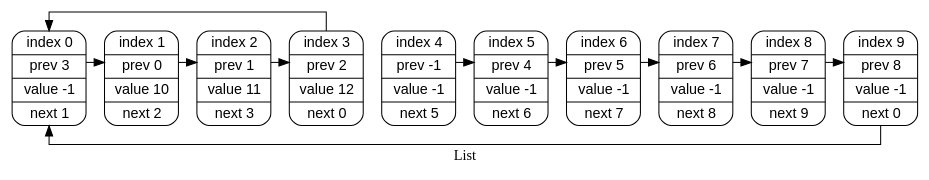
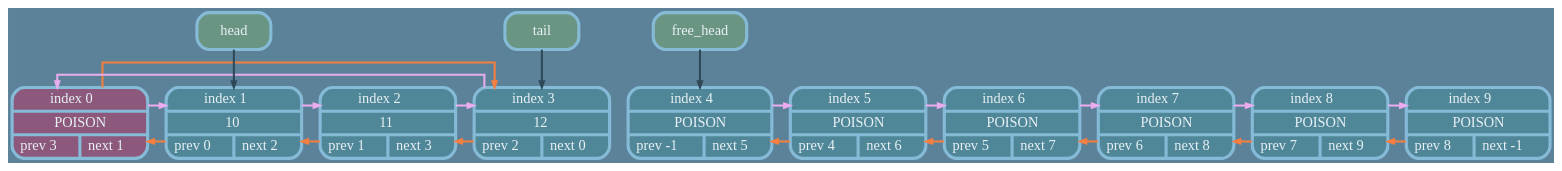
Before and after one commit to Knightususa/List: the diagram in pic1.dot, drawn with Graphviz. The commit also changed 11 other files, not shown here.

Commit message:
Edit dump (it looks better) and add head, tail, free_head

```diff
--- a/pic1.dot
+++ b/pic1.dot
@@ -1,31 +1,54 @@
 digraph G {
 	splines = ortho;
-	graph [label = "List", bgcolor = white, ]
-	node [shape = record, fontname = "Arial", style=rounded, fillcolor=lightblue, height=0.5, width=1]
-	0 [label = <{index 0 |prev 3 |value -1 |next 1}>];
-	1 [label = <{index 1 |prev 0 |value 10 |next 2}>];
-	2 [label = <{index 2 |prev 1 |value 11 |next 3}>];
-	3 [label = <{index 3 |prev 2 |value 12 |next 0}>];
-	4 [label = <{index 4 |prev -1 |value -1 |next 5}>];
-	5 [label = <{index 5 |prev 4 |value -1 |next 6}>];
-	6 [label = <{index 6 |prev 5 |value -1 |next 7}>];
-	7 [label = <{index 7 |prev 6 |value -1 |next 8}>];
-	8 [label = <{index 8 |prev 7 |value -1 |next 9}>];
-	9 [label = <{index 9 |prev 8 |value -1 |next 0}>];
+	graph [bgcolor = "#5B8298"]
+	node [shape = record, fontname = "Consolas", style = "rounded, filled", height = 0.5, width = 1, color = "#86BBD8", fontcolor = "#E8F1F5", penwidth = 3]
+	edge [color = "#2F4858", fontcolor = "#2F4858", penwidth = 2, arrowsize = 0.6];
 
-	0 -> 1
-	1 -> 2
-	2 -> 3
-	3 -> 0
-	4 -> 5
-	5 -> 6
-	6 -> 7
-	7 -> 8
-	8 -> 9
-	9 -> 0
+	node [fillcolor = "#c5285c74"]
+	0 [label = <{index 0 | POISON |{prev 3| next 1}}>];
 
-	{rank = same; 	0; 	1; 	2; 	3; 	4; 	5; 	6; 	7; 	8; 	9; 	}
+	node [fillcolor = "#478d9a8a"]
+	1 [label = <{index 1 | 10 |{prev 0| next 2}}>];
+	2 [label = <{index 2 | 11 |{prev 1| next 3}}>];
+	3 [label = <{index 3 | 12 |{prev 2| next 0}}>];
+	4 [label = <{index 4 | POISON |{prev -1| next 5}}>];
+	5 [label = <{index 5 | POISON |{prev 4| next 6}}>];
+	6 [label = <{index 6 | POISON |{prev 5| next 7}}>];
+	7 [label = <{index 7 | POISON |{prev 6| next 8}}>];
+	8 [label = <{index 8 | POISON |{prev 7| next 9}}>];
+	9 [label = <{index 9 | POISON |{prev 8| next -1}}>];
+
+	node [fillcolor = "#78a5728b"]
+	head
+	tail
+	free_head
+
+	0 -> 1 [color = "#eaacef"];
+	0 -> 3 [color = "#F47F41"];
+	1 -> 2 [color = "#eaacef"];
+	1 -> 0 [color = "#F47F41"];
+	2 -> 3 [color = "#eaacef"];
+	2 -> 1 [color = "#F47F41"];
+	3 -> 0 [color = "#eaacef"];
+	3 -> 2 [color = "#F47F41"];
+	4 -> 5 [color = "#eaacef"];
+	5 -> 6 [color = "#eaacef"];
+	5 -> 4 [color = "#F47F41"];
+	6 -> 7 [color = "#eaacef"];
+	6 -> 5 [color = "#F47F41"];
+	7 -> 8 [color = "#eaacef"];
+	7 -> 6 [color = "#F47F41"];
+	8 -> 9 [color = "#eaacef"];
+	8 -> 7 [color = "#F47F41"];
+	9 -> 8 [color = "#F47F41"];
+
+	{rank = same; 0; 1; 2; 3; 4; 5; 6; 7; 8; 9; }
 
 	0 -> 1 -> 2 -> 3 -> 4 -> 5 -> 6 -> 7 -> 8 -> 9
 	[style=invis, weight=100];
+
+	{rank = sink}
+	head -> 1
+	tail -> 3
+	free_head -> 4
 }
```
